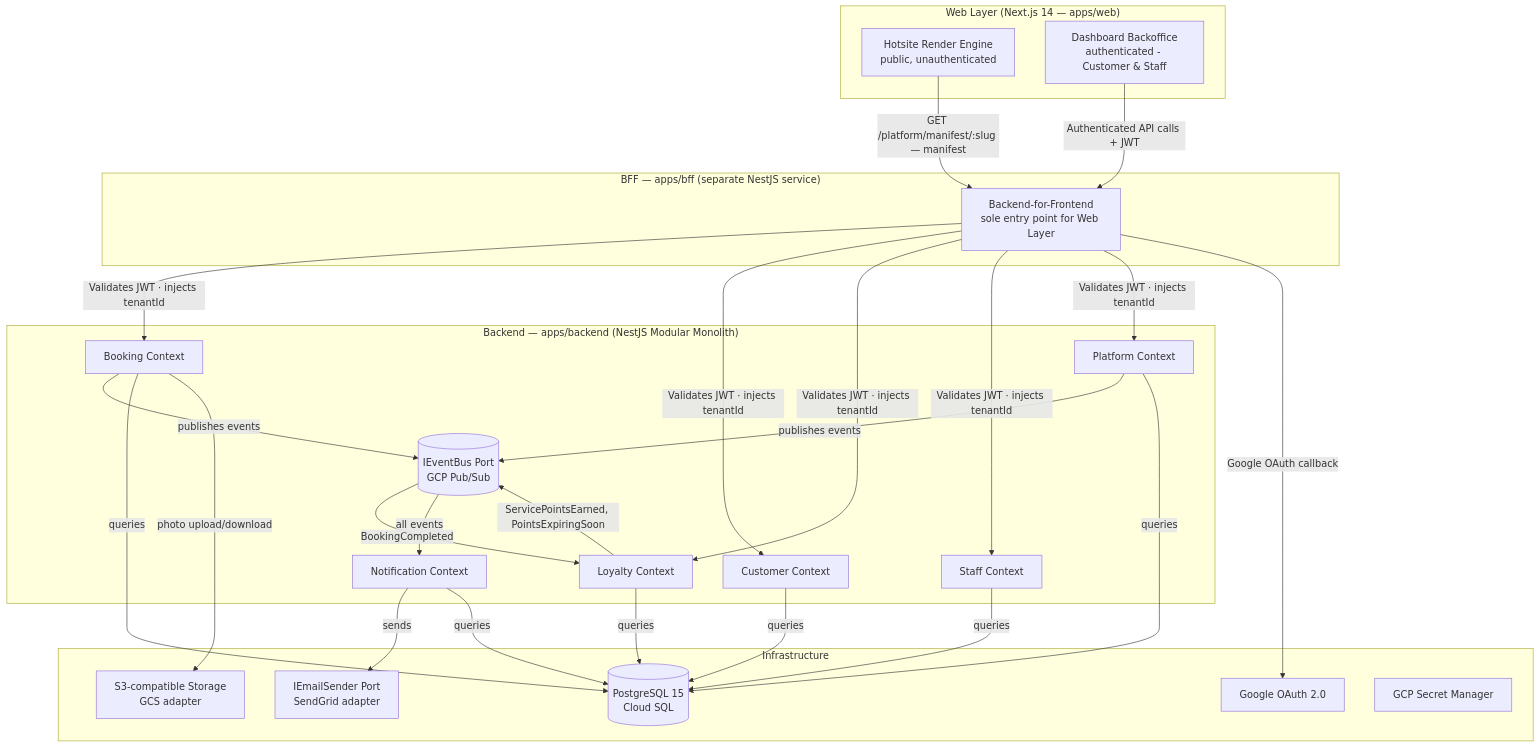
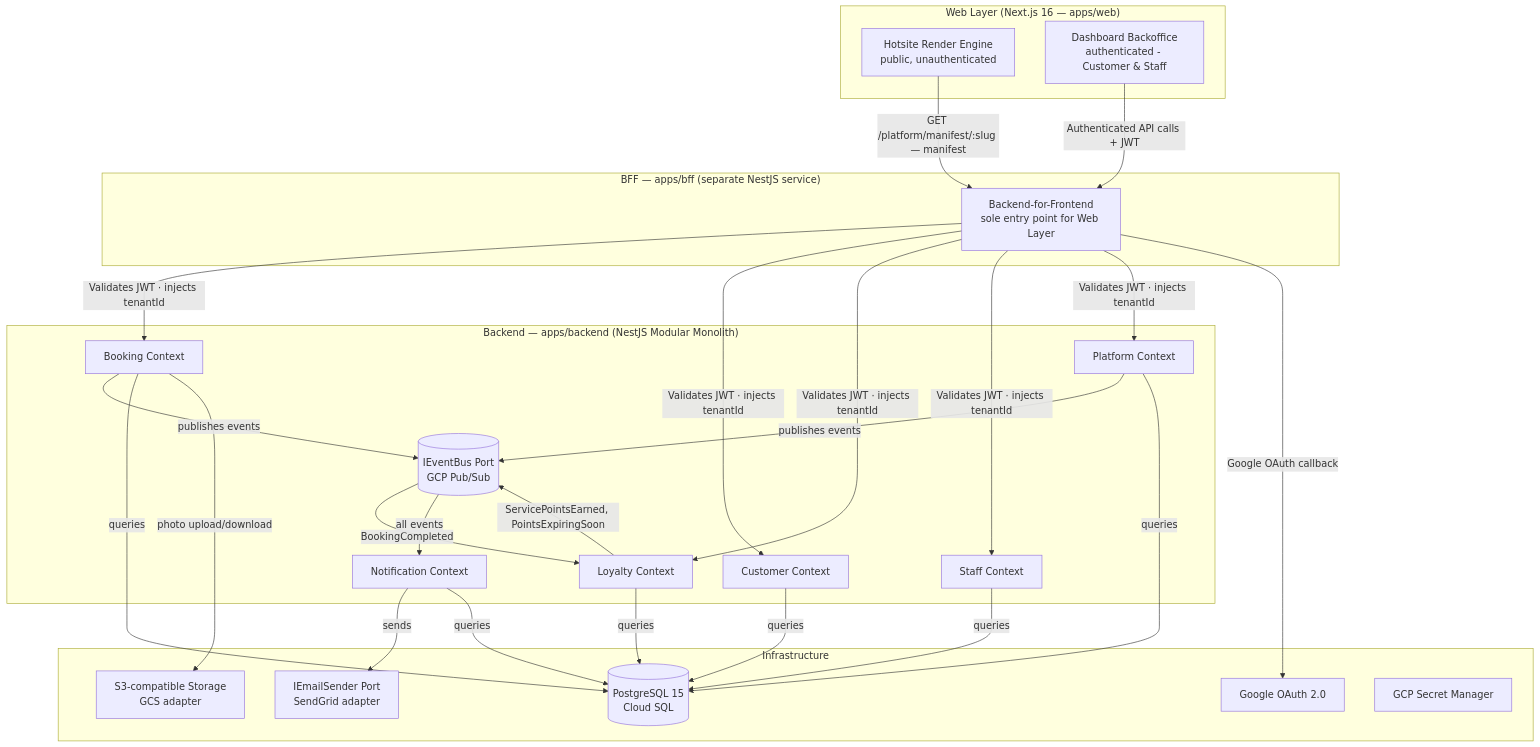
The diagram in docs/11-ARCHITECTURE.md (lmmoreira/ikaro), drawn with Mermaid before and after one commit. The commit also changed other lines of this file and 588 other files, not shown here.

````diff
--- a/docs/11-ARCHITECTURE.md
+++ b/docs/11-ARCHITECTURE.md
@@ -11,46 +11,46 @@
 ```mermaid
 graph TD
-    subgraph "Web Layer (Next.js 14 — apps/web)"
+    subgraph "Web Layer (Next.js 16 — apps/web)"
         Hotsite[Hotsite Render Engine<br/>public, unauthenticated]
         Dashboard[Dashboard Backoffice<br/>authenticated - Customer & Staff]
     end
 
     subgraph "BFF — apps/bff (separate NestJS service)"
         BFF[Backend-for-Frontend<br/>sole entry point for Web Layer]
     end
 
     subgraph "Backend — apps/backend (NestJS Modular Monolith)"
         BC1[Booking Context]
         BC2[Customer Context]
         BC3[Loyalty Context]
         BC4[Notification Context]
         BC5[Staff Context]
         BC6[Platform Context]
         EB[(IEventBus Port<br/>GCP Pub/Sub)]
     end
 
     subgraph "Infrastructure"
         DB[(PostgreSQL 15<br/>Cloud SQL)]
         OAuth[Google OAuth 2.0]
         Email[IEmailSender Port<br/>SendGrid adapter]
         Storage[S3-compatible Storage<br/>GCS adapter]
         Secrets[GCP Secret Manager]
     end
 
     Hotsite -->|GET /platform/manifest/:slug — manifest| BFF
     Dashboard -->|Authenticated API calls + JWT| BFF
     BFF -->|Validates JWT · injects tenantId| BC1
     BFF -->|Validates JWT · injects tenantId| BC2
     BFF -->|Validates JWT · injects tenantId| BC3
     BFF -->|Validates JWT · injects tenantId| BC5
     BFF -->|Validates JWT · injects tenantId| BC6
     BC1 -->|publishes events| EB
     BC6 -->|publishes events| EB
     EB -->|BookingCompleted| BC3
     EB -->|all events| BC4
     BC3 -->|ServicePointsEarned, PointsExpiringSoon| EB
     BC4 -->|sends| Email
     BC1 & BC2 & BC3 & BC4 & BC5 & BC6 -->|queries| DB
     BFF -->|Google OAuth callback| OAuth
     BC1 -->|photo upload/download| Storage
 ```
````
